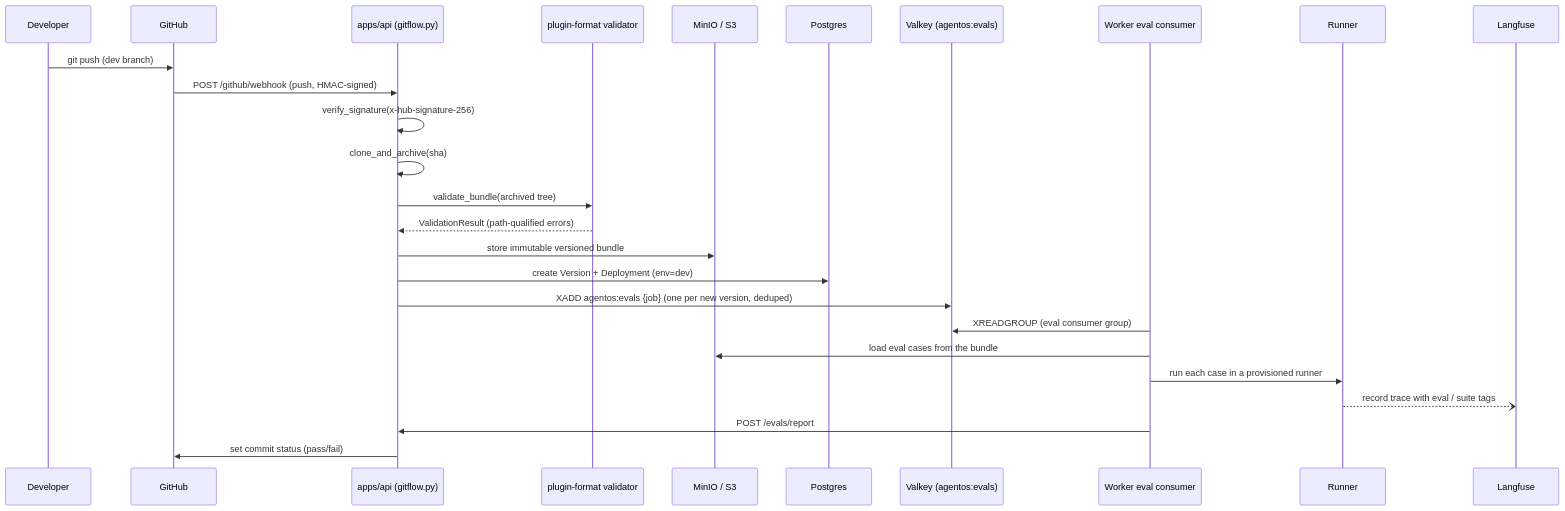
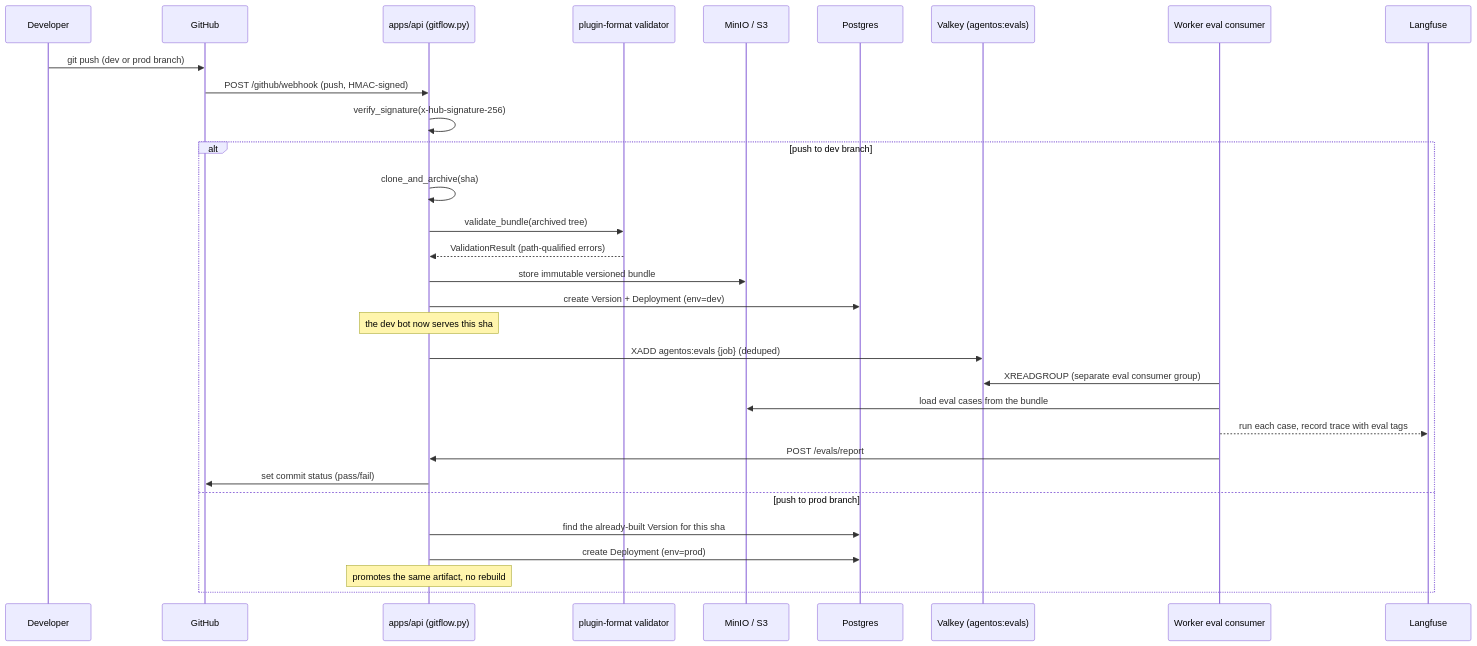
Before and after one commit to coinleftt/curie: the third of 3 diagrams in ARCHITECTURE.md, drawn with Mermaid. The commit also changed other lines of this file and 5 other files, not shown here.

````diff
--- a/ARCHITECTURE.md
+++ b/ARCHITECTURE.md
@@ -264,30 +226,34 @@
 ```mermaid
 sequenceDiagram
     participant Dev as Developer
     participant GH as GitHub
     participant API as apps/api (gitflow.py)
     participant PF as plugin-format validator
     participant S3 as MinIO / S3
     participant PG as Postgres
     participant V as Valkey (agentos:evals)
     participant W as Worker eval consumer
-    participant R as Runner
     participant LF as Langfuse
 
-    Dev->>GH: git push (dev branch)
+    Dev->>GH: git push (dev or prod branch)
     GH->>API: POST /github/webhook (push, HMAC-signed)
     API->>API: verify_signature(x-hub-signature-256)
-    API->>API: clone_and_archive(sha)
-    API->>PF: validate_bundle(archived tree)
-    PF-->>API: ValidationResult (path-qualified errors)
-    API->>S3: store immutable versioned bundle
-    API->>PG: create Version + Deployment (env=dev)
-    API->>V: XADD agentos:evals {job} (one per new version, deduped)
-
-    W->>V: XREADGROUP (eval consumer group)
-    W->>S3: load eval cases from the bundle
-    W->>R: run each case in a provisioned runner
-    R--)LF: record trace with eval / suite tags
-    W->>API: POST /evals/report
-    API->>GH: set commit status (pass/fail)
+    alt push to dev branch
+        API->>API: clone_and_archive(sha)
+        API->>PF: validate_bundle(archived tree)
+        PF-->>API: ValidationResult (path-qualified errors)
+        API->>S3: store immutable versioned bundle
+        API->>PG: create Version + Deployment (env=dev)
+        Note over API: the dev bot now serves this sha
+        API->>V: XADD agentos:evals {job} (deduped)
+        W->>V: XREADGROUP (separate eval consumer group)
+        W->>S3: load eval cases from the bundle
+        W-->>LF: run each case, record trace with eval tags
+        W->>API: POST /evals/report
+        API->>GH: set commit status (pass/fail)
+    else push to prod branch
+        API->>PG: find the already-built Version for this sha
+        API->>PG: create Deployment (env=prod)
+        Note over API: promotes the same artifact, no rebuild
+    end
 ```
````
